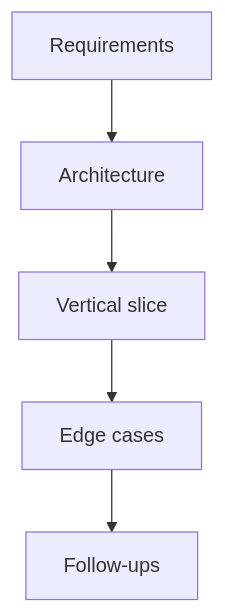
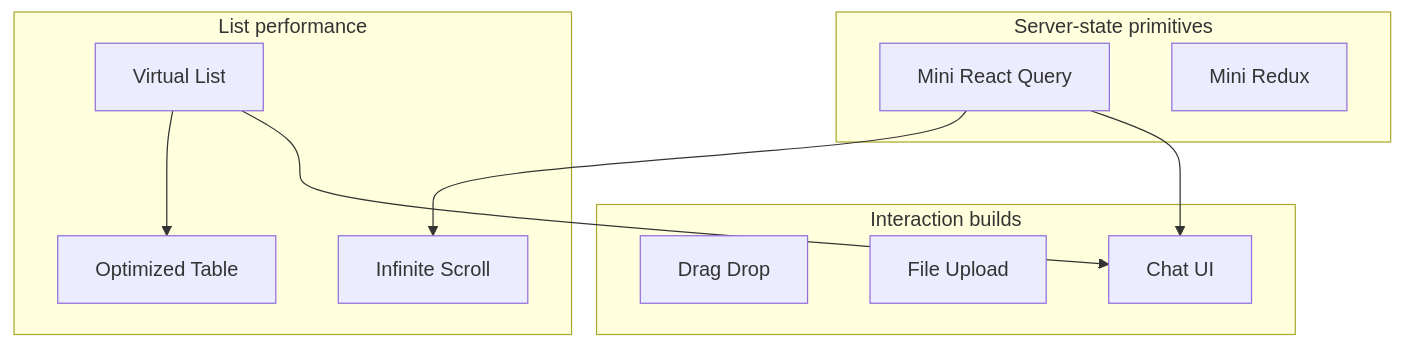
Before and after one commit to prajjwaljogdand/FullstackPreparation: the diagram in docs/machine-coding/index.md, drawn with Mermaid. The commit also changed other lines of this file and 91 other files, not shown here.

````diff
--- a/docs/machine-coding/index.md
+++ b/docs/machine-coding/index.md
@@ -12,7 +27,21 @@
 ```mermaid
 flowchart TB
-  R[Requirements] --> A[Architecture]
-  A --> V[Vertical slice]
-  V --> E[Edge cases]
-  E --> F[Follow-ups]
+  subgraph cache [Server-state primitives]
+    RQ[Mini React Query]
+    RD[Mini Redux]
+  end
+  subgraph lists [List performance]
+    IS[Infinite Scroll]
+    VL[Virtual List]
+    OT[Optimized Table]
+  end
+  subgraph ux [Interaction builds]
+    DD[Drag Drop]
+    FU[File Upload]
+    CH[Chat UI]
+  end
+  RQ --> IS
+  RQ --> CH
+  VL --> OT
+  VL --> CH
 ```
````
